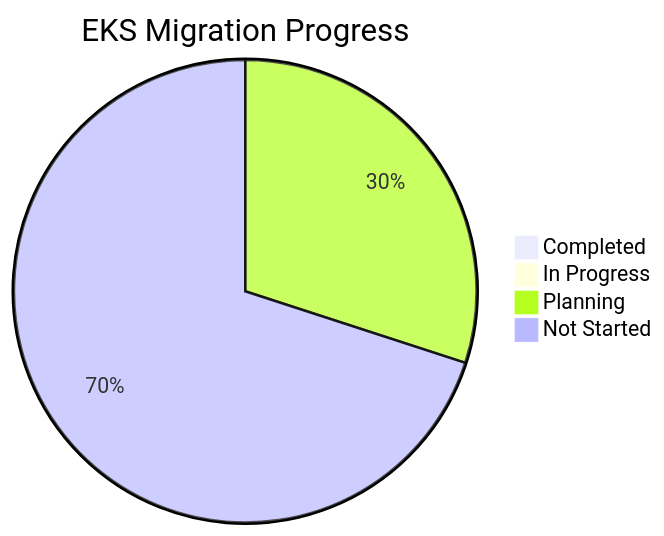
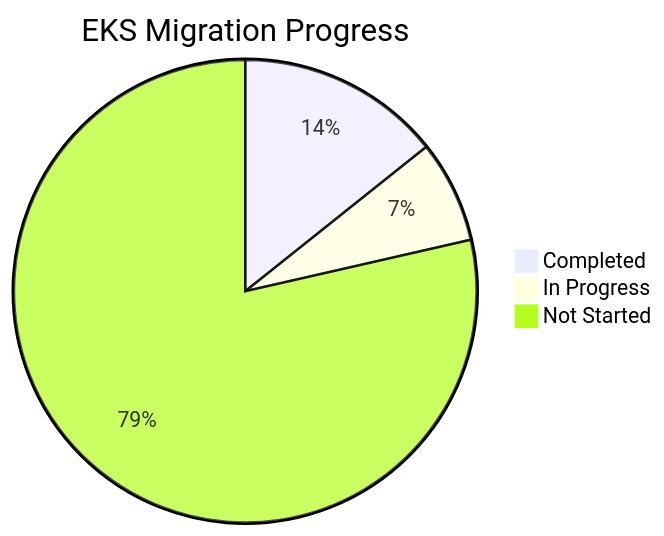
Before and after one commit to yoonsoo-park/k8s-n8n-nabi: the first of 3 diagrams in memory-bank/tasks.md, drawn with Mermaid. The commit also changed other lines of this file, not shown here.

First line of the commit message:
docs: Update task progress for EKS migration

````diff
--- a/memory-bank/tasks.md
+++ b/memory-bank/tasks.md
@@ -366,7 +366,6 @@
 ```mermaid
 pie title EKS Migration Progress
-    "Completed" : 0
-    "In Progress" : 0
-    "Planning" : 30
-    "Not Started" : 70
+    "Completed" : 2
+    "In Progress" : 1
+    "Not Started" : 11
 ```
````
